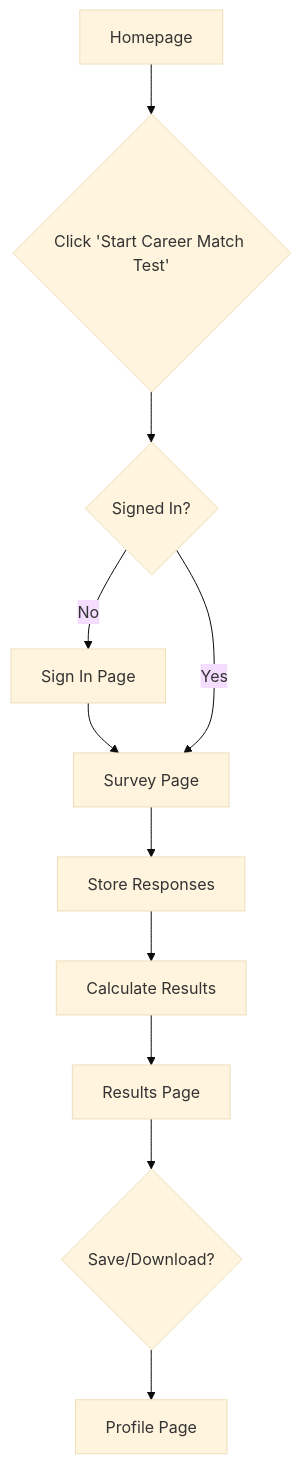
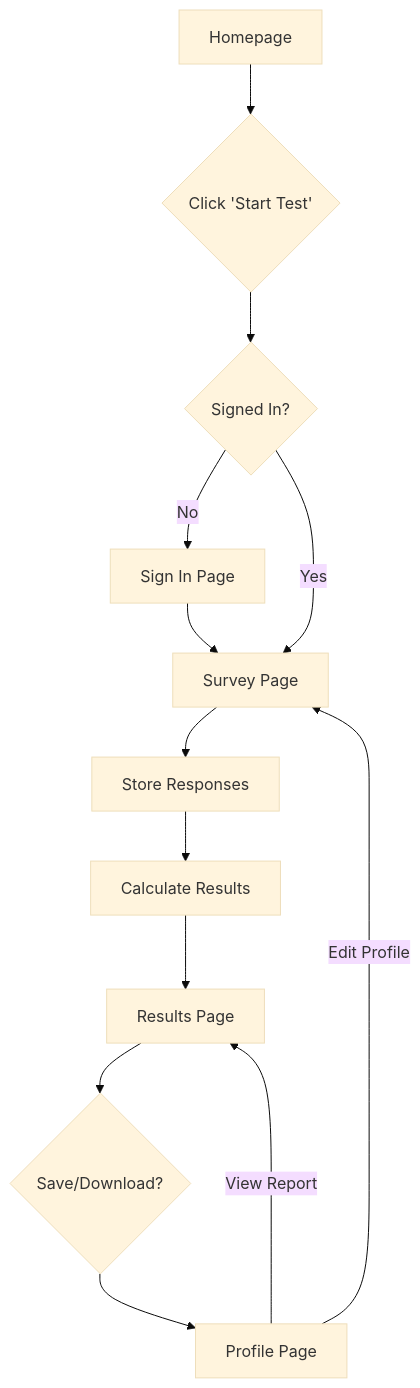
One commit to ll3864/APAN5490FinalProject changed the second of 2 diagrams in README.md. Above: the diagram before and after it, drawn with Mermaid (base theme). The commit also changed other lines of this file and 13 other files, not shown here.

````diff
--- a/README.md
+++ b/README.md
@@ -82,13 +85,15 @@
 ```mermaid
 flowchart TD
-    A[Homepage] --> B{Click 'Start Career Match Test'}
+    A[Homepage] --> B{Click 'Start Test'}
     B --> C{Signed In?}
     C -- No --> D[Sign In Page]
     D --> E[Survey Page]
     C -- Yes --> E
     E --> F[Store Responses]
     F --> G[Calculate Results]
     G --> H[Results Page]
     H --> I{Save/Download?}
     I --> J[Profile Page]
+    J -- Edit Profile --> E
+    J -- View Report --> H
 ```
````
